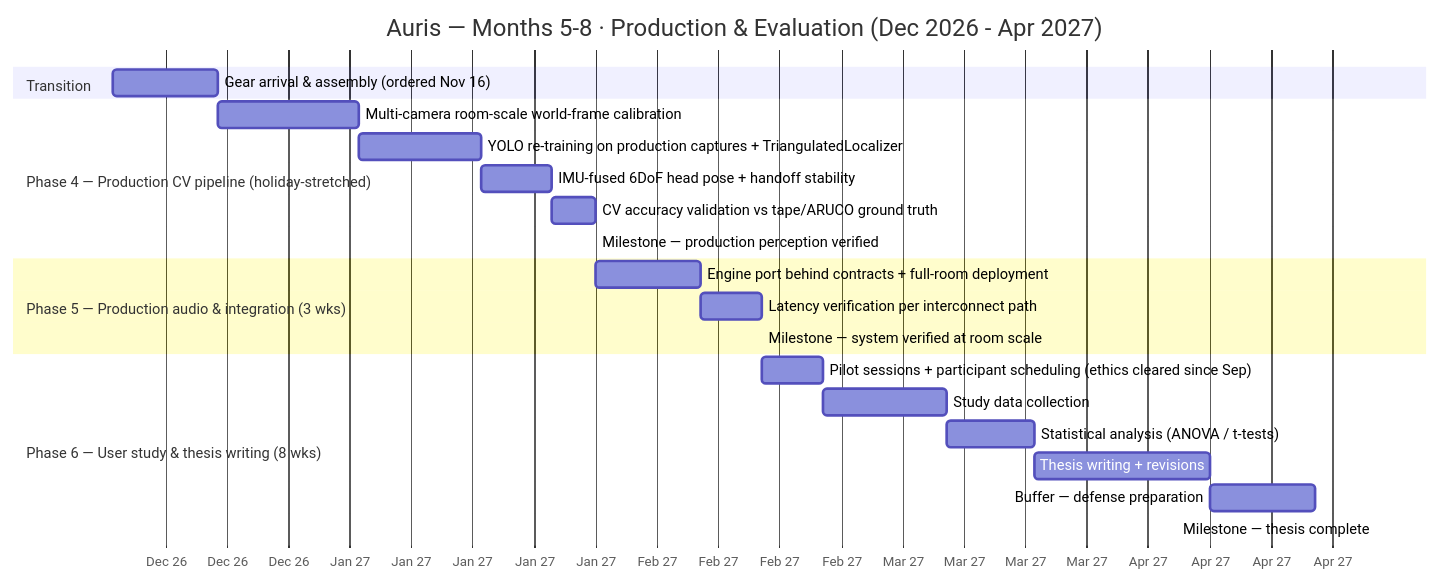
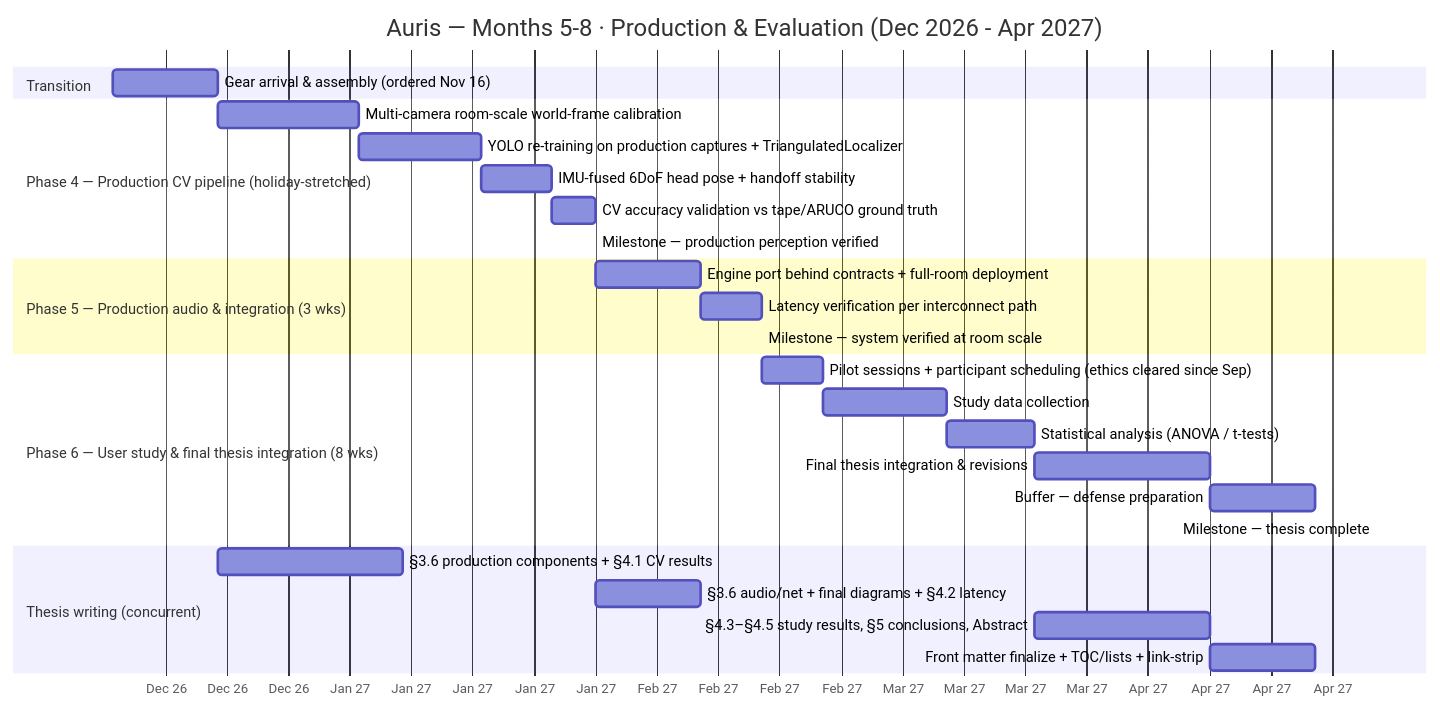
The diagram in docs/phases-gantt-m5-m8-production.md (pewpil/auris), drawn with Mermaid before and after one commit. The commit also changed 6 other files, not shown here.

````diff
--- a/docs/phases-gantt-m5-m8-production.md
+++ b/docs/phases-gantt-m5-m8-production.md
@@ -5,29 +5,35 @@
 ```mermaid
 gantt
     title Auris — Months 5-8 · Production & Evaluation (Dec 2026 - Apr 2027)
     dateFormat YYYY-MM-DD
     axisFormat %b %y
 
     section Transition
     Gear arrival & assembly (ordered Nov 16)                  :asm, 2026-12-07, 12d
 
     section Phase 4 — Production CV pipeline (holiday-stretched)
     Multi-camera room-scale world-frame calibration           :p4a, after asm, 16d
     YOLO re-training on production captures + TriangulatedLocalizer :p4b, after p4a, 14d
     IMU-fused 6DoF head pose + handoff stability              :p4c, after p4b, 8d
     CV accuracy validation vs tape/ARUCO ground truth         :p4d, after p4c, 5d
     Milestone — production perception verified                :m2, after p4d, 0d
 
     section Phase 5 — Production audio & integration (3 wks)
     Engine port behind contracts + full-room deployment       :p5a, after m2, 12d
     Latency verification per interconnect path                :p5b, after p5a, 7d
     Milestone — system verified at room scale                 :m3, after p5b, 0d
 
-    section Phase 6 — User study & thesis writing (8 wks)
+    section Phase 6 — User study & final thesis integration (8 wks)
     Pilot sessions + participant scheduling (ethics cleared since Sep) :p6a, after m3, 7d
     Study data collection                                     :p6b, after p6a, 14d
     Statistical analysis (ANOVA / t-tests)                    :p6c, after p6b, 10d
-    Thesis writing + revisions                                :p6d, after p6c, 20d
+    Final thesis integration & revisions                     :p6d, after p6c, 20d
     Buffer — defense preparation                              :buf, after p6d, 12d
     Milestone — thesis complete                               :m4, 2027-04-30, 0d
+
+    section Thesis writing (concurrent)
+    §3.6 production components + §4.1 CV results              :t3, after asm, 21d
+    §3.6 audio/net + final diagrams + §4.2 latency           :t4, after m2, 12d
+    §4.3–§4.5 study results, §5 conclusions, Abstract        :t5, after p6c, 20d
+    Front matter finalize + TOC/lists + link-strip           :t6, after t5, 12d
 ```
````
